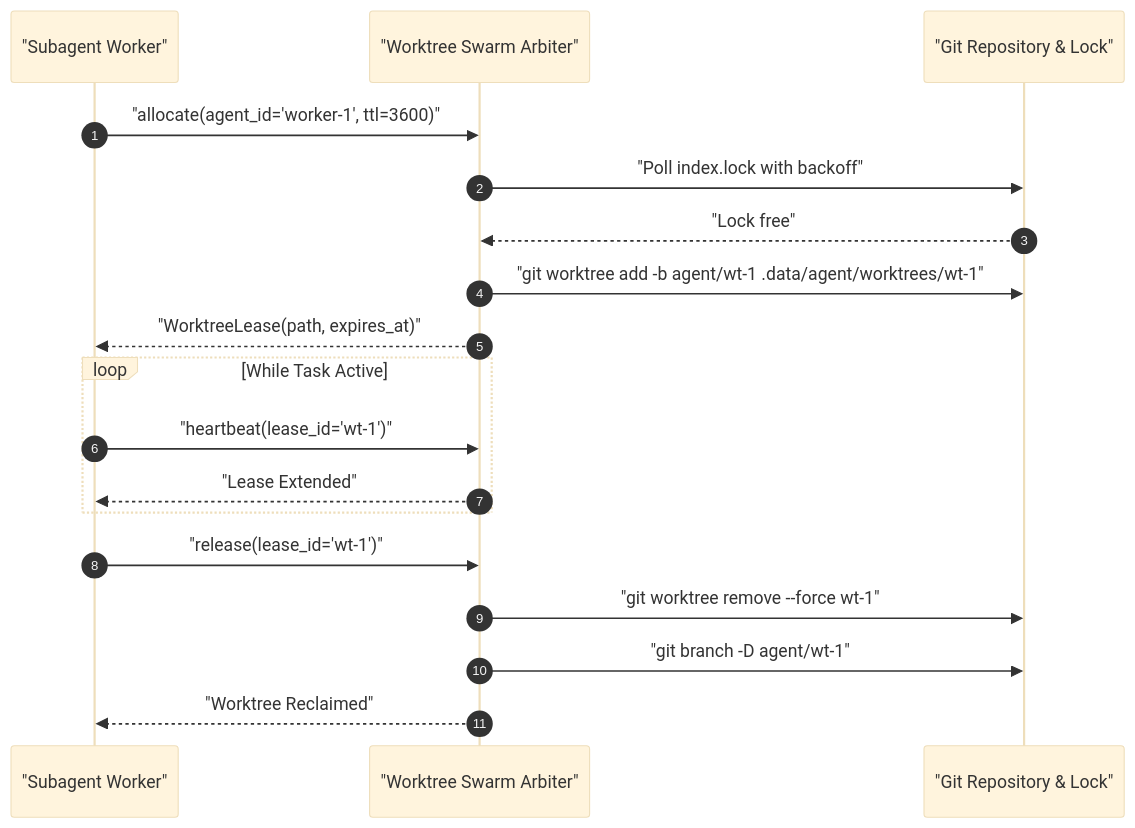
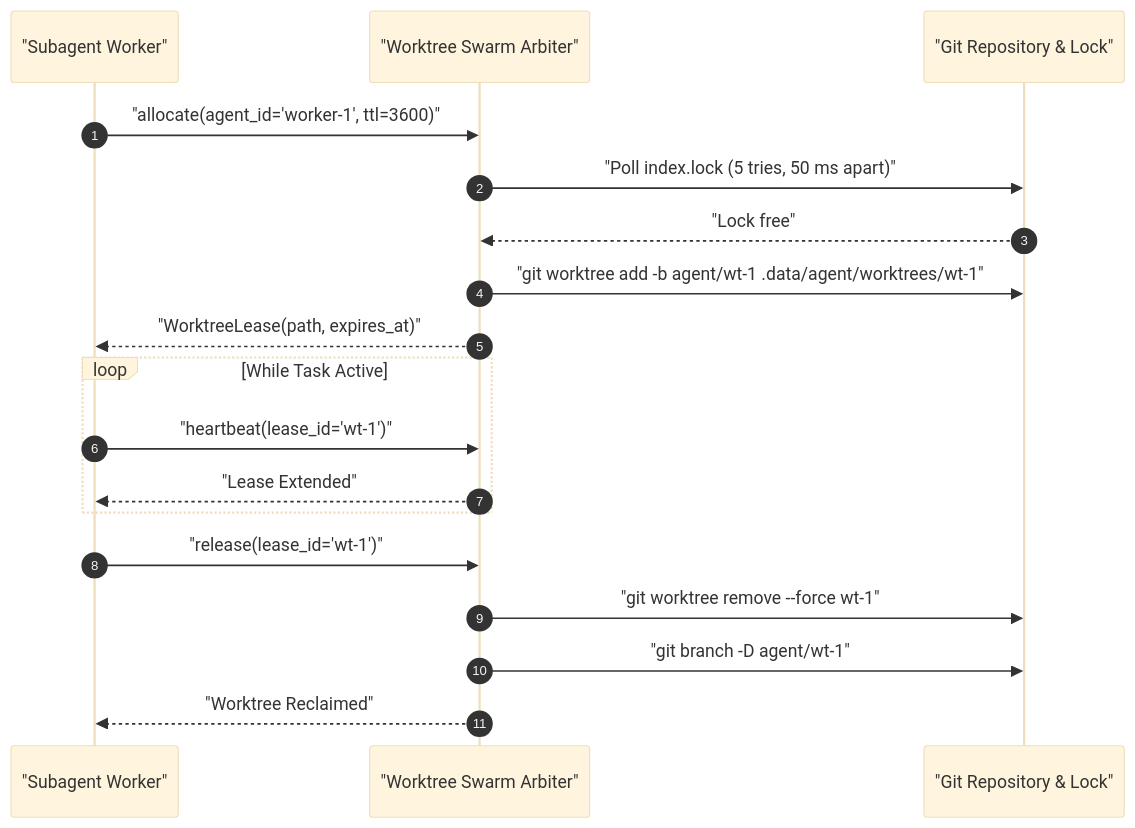
Before and after one commit to dan-petty/vibes: the diagram in examples/worktree-swarm-arbiter/README.md, drawn with Mermaid (base theme). The commit also changed other lines of this file and 248 other files, not shown here.

````diff
--- a/examples/worktree-swarm-arbiter/README.md
+++ b/examples/worktree-swarm-arbiter/README.md
@@ -21,23 +21,23 @@
 ```mermaid
 sequenceDiagram
     autonumber
     participant Agent as "Subagent Worker"
     participant Arbiter as "Worktree Swarm Arbiter"
     participant Git as "Git Repository & Lock"
 
     Agent->>Arbiter: "allocate(agent_id='worker-1', ttl=3600)"
-    Arbiter->>Git: "Poll index.lock with backoff"
+    Arbiter->>Git: "Poll index.lock (5 tries, 50 ms apart)"
     Git-->>Arbiter: "Lock free"
     Arbiter->>Git: "git worktree add -b agent/wt-1 .data/agent/worktrees/wt-1"
     Arbiter-->>Agent: "WorktreeLease(path, expires_at)"
 
     loop While Task Active
         Agent->>Arbiter: "heartbeat(lease_id='wt-1')"
         Arbiter-->>Agent: "Lease Extended"
     end
 
     Agent->>Arbiter: "release(lease_id='wt-1')"
     Arbiter->>Git: "git worktree remove --force wt-1"
     Arbiter->>Git: "git branch -D agent/wt-1"
     Arbiter-->>Agent: "Worktree Reclaimed"
 ```
````
